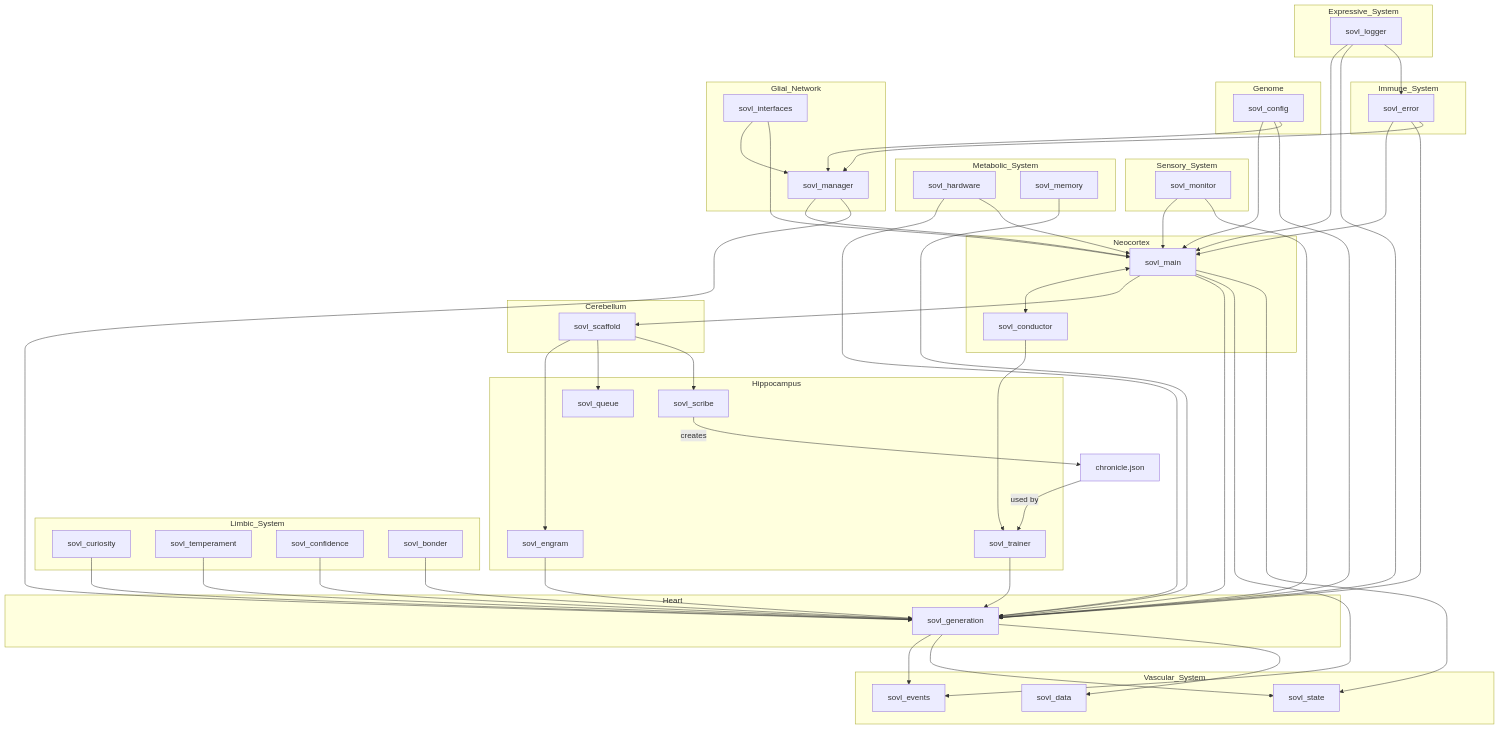
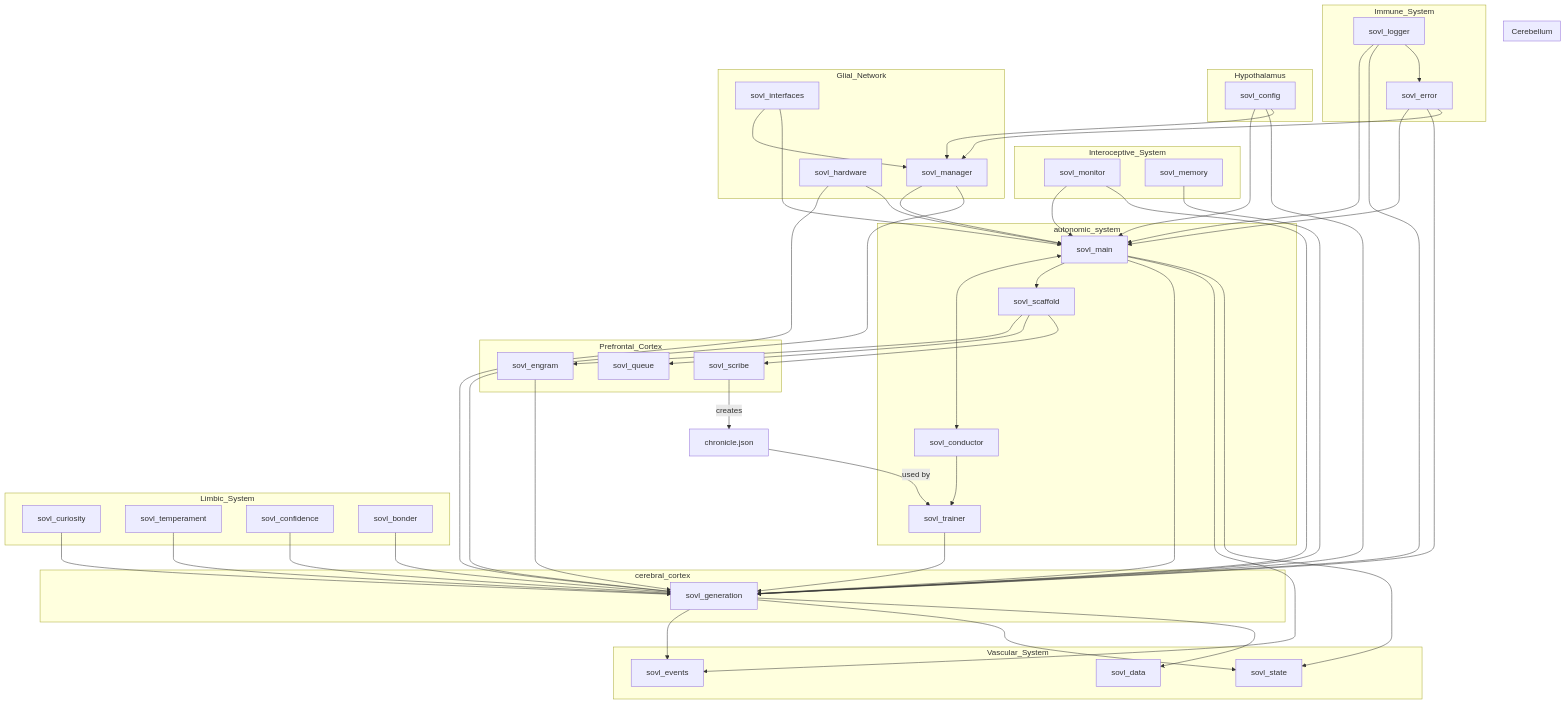
Before and after one commit to oppolla/Self-Organizing-Virtual-Lifeform: the diagram in structure.mmd, drawn with Mermaid.

```diff
--- a/structure.mmd
+++ b/structure.mmd
@@ -1,134 +1,127 @@
 graph TD
-    %% Neocortex
-    subgraph Neocortex
+    %% Autonomic System
+    subgraph autonomic_system
+        sovl_scaffold
+        sovl_trainer
         sovl_main
         sovl_conductor
+    end
+
+    %% Cerebral Cortex 
+    subgraph cerebral_cortex 
+        sovl_generation
+    end
+
+    %% Prefrontal Cortex
+    subgraph Prefrontal_Cortex
+        sovl_engram
+        sovl_queue
+        sovl_scribe   
     end
 
     %% Limbic System
     subgraph Limbic_System
         sovl_curiosity
         sovl_temperament
         sovl_confidence
         sovl_bonder
     end
 
-    %% Hippocampus
-    subgraph Hippocampus
-        sovl_engram
-        sovl_queue
-        sovl_scribe
-        sovl_trainer
-    end
-
     %% Cerebellum
     subgraph Cerebellum
         sovl_scaffold
-    end
-
-    %% Heart
-    subgraph Heart
-        sovl_generation
     end
 
     %% Vascular System
     subgraph Vascular_System
         sovl_events
         sovl_state
         sovl_data
     end
 
-    %% Sensory System
-    subgraph Sensory_System
+    %% Interoceptive System
+    subgraph Interoceptive_System
         sovl_monitor
+        sovl_memory
     end
 
     %% Immune System
     subgraph Immune_System
         sovl_error
+        sovl_logger
     end
 
-    %% Metabolic System
-    subgraph Metabolic_System
-        sovl_hardware
-        sovl_memory
-    end
-
-    %% Genome
-    subgraph Genome
+    %% Hypothalamus
+    subgraph Hypothalamus
         sovl_config
     end
 
     %% Glial Network
     subgraph Glial_Network
         sovl_manager
         sovl_interfaces
+        sovl_hardware
     end
 
-    %% Expressive System
-    subgraph Expressive_System
-        sovl_logger
-    end
-
-    %% Chronicle Artifact
+    %% Hippocampus
     chronicle["chronicle.json"]
 
     %% Flows
     sovl_main <--> sovl_conductor
     sovl_main --> sovl_scaffold
     sovl_main --> sovl_generation
     sovl_conductor --> sovl_trainer
     sovl_scaffold --> sovl_engram
     sovl_scaffold --> sovl_queue
     sovl_scaffold --> sovl_scribe
 
     %% Limbic System flows into Heart
     sovl_curiosity --> sovl_generation
     sovl_temperament --> sovl_generation
     sovl_confidence --> sovl_generation
     sovl_bonder --> sovl_generation
 
     %% Hippocampus supports Heart
     sovl_engram --> sovl_generation
     sovl_trainer --> sovl_generation
 
     %% Chronicle data flow
     sovl_scribe -- creates --> chronicle
     chronicle -- used by --> sovl_trainer
 
     %% Vascular System connects to Heart and Neocortex
     sovl_generation --> sovl_events
     sovl_generation --> sovl_state
     sovl_generation --> sovl_data
     sovl_main --> sovl_events
     sovl_main --> sovl_state
 
     %% Sensory System reports to Neocortex and Heart
     sovl_monitor --> sovl_main
     sovl_monitor --> sovl_generation
 
     %% Immune System monitors all
     sovl_error --> sovl_main
     sovl_error --> sovl_generation
     sovl_error --> sovl_manager
 
     %% Metabolic System supports Heart and Neocortex
     sovl_hardware --> sovl_generation
     sovl_memory --> sovl_generation
     sovl_hardware --> sovl_main
 
     %% Genome configures all
     sovl_config --> sovl_main
     sovl_config --> sovl_generation
     sovl_config --> sovl_manager
 
     %% Glial Network ties together
     sovl_manager --> sovl_main
     sovl_manager --> sovl_generation
     sovl_interfaces --> sovl_manager
     sovl_interfaces --> sovl_main
 
     %% Expressive System logs for all
     sovl_logger --> sovl_main
     sovl_logger --> sovl_generation
     sovl_logger --> sovl_error
```
